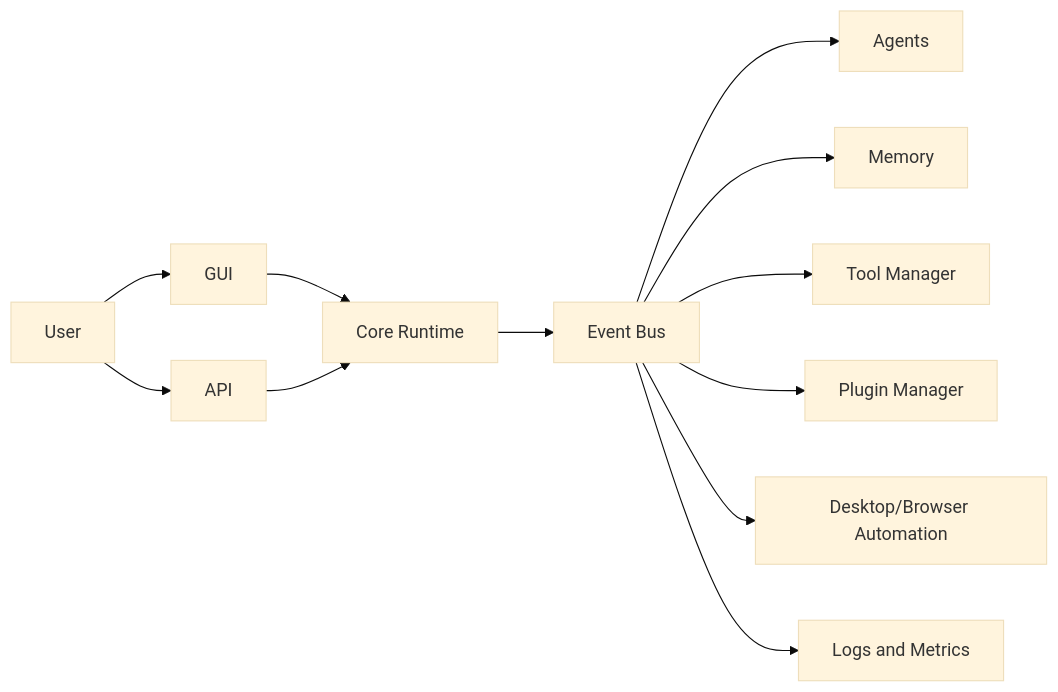
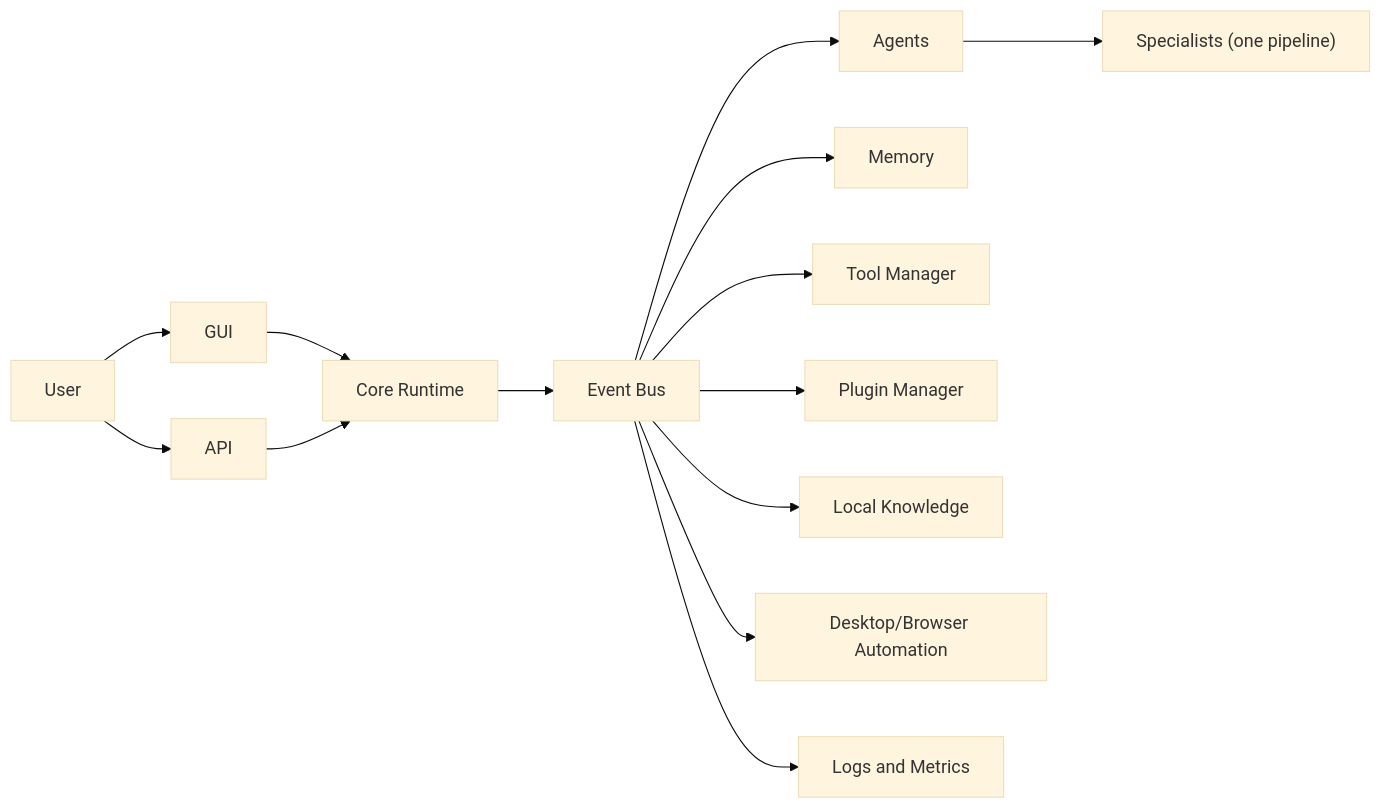
One commit to GangNinja/Novacontrol changed the diagram in docs/ARCHITECTURE.md. Above: the diagram before and after it, drawn with Mermaid (base theme). The commit also changed other lines of this file and 51 other files, not shown here.

````diff
--- a/docs/ARCHITECTURE.md
+++ b/docs/ARCHITECTURE.md
@@ -32,14 +35,16 @@
 ```mermaid
 flowchart LR
     User["User"] --> GUI["GUI"]
     User --> API["API"]
     GUI --> Core["Core Runtime"]
     API --> Core
     Core --> Bus["Event Bus"]
     Bus --> Agents["Agents"]
+    Agents --> Specialists["Specialists (one pipeline)"]
     Bus --> Memory["Memory"]
     Bus --> Tools["Tool Manager"]
     Bus --> Plugins["Plugin Manager"]
+    Bus --> Knowledge["Local Knowledge"]
     Bus --> Automation["Desktop/Browser Automation"]
     Bus --> Observability["Logs and Metrics"]
 ```
````
